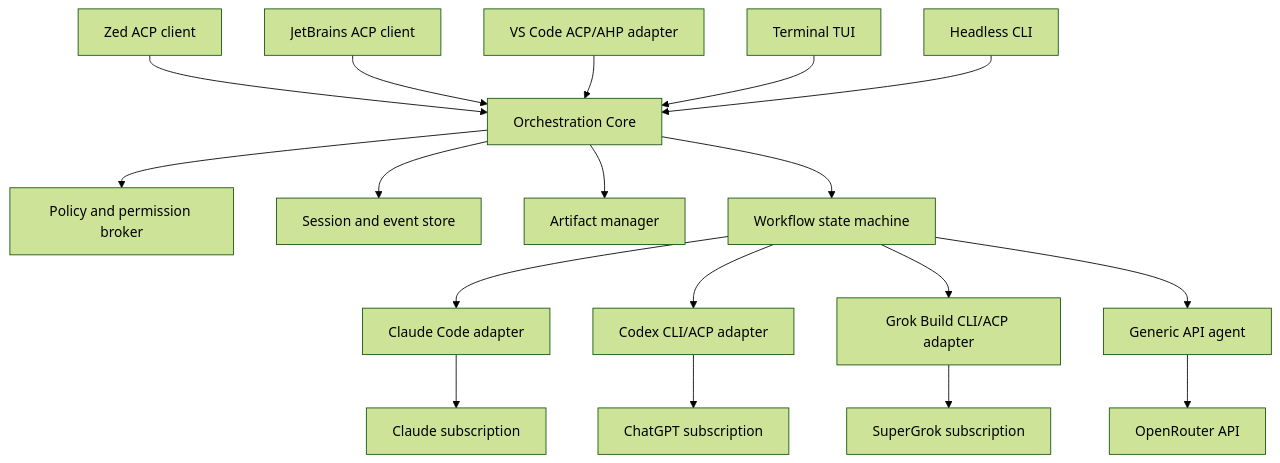
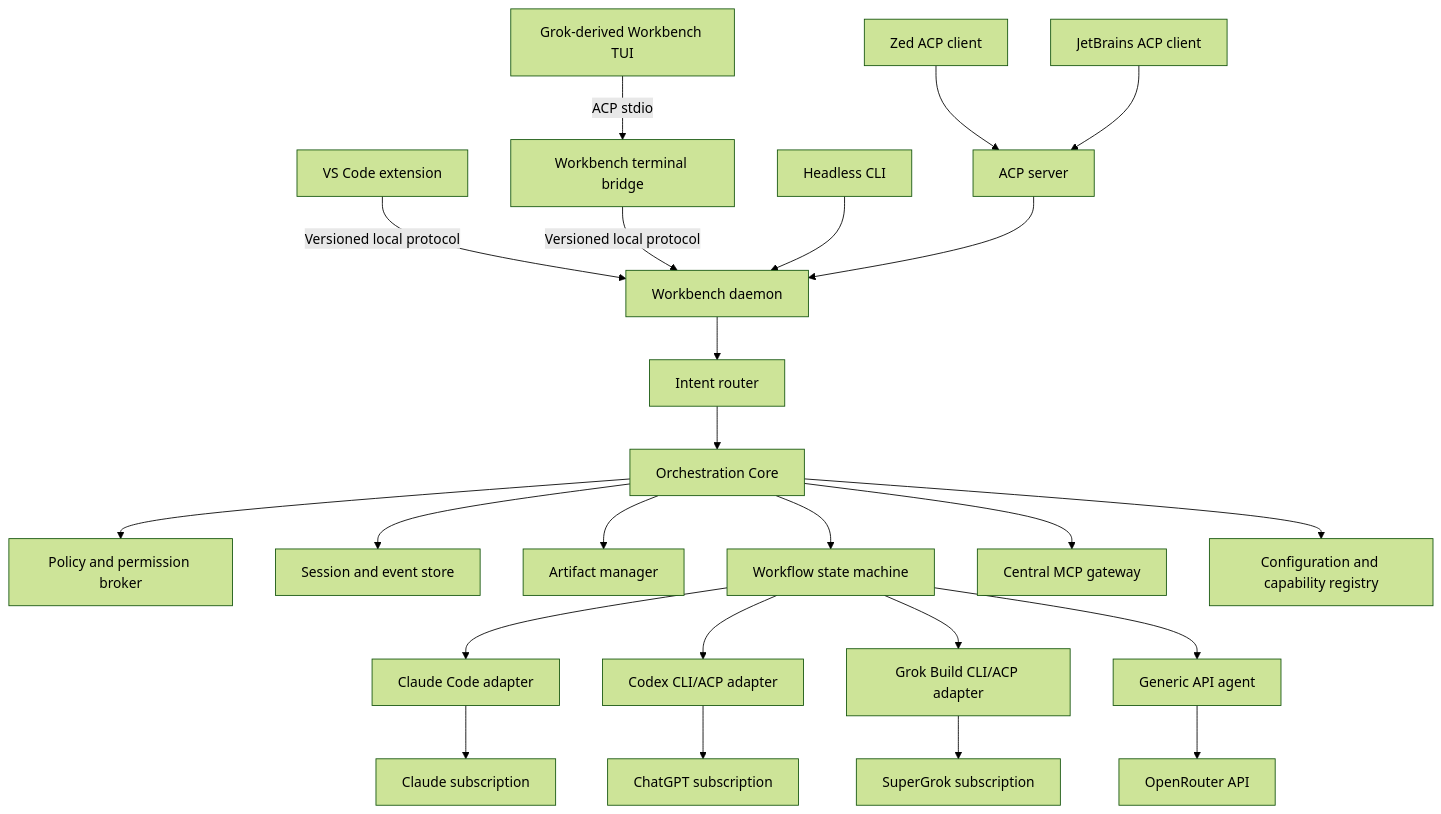
Before and after one commit to RenatoTadeuFigueiredo/multi-agent-development-workbench: the second of 2 diagrams in README.md, drawn with Mermaid (forest theme). The commit also changed other lines of this file and 7 other files, not shown here.

Commit message:
docs: define modular workbench architecture

````diff
--- a/README.md
+++ b/README.md
@@ -125,23 +144,29 @@
 ```mermaid
 flowchart TB
-    Z[Zed ACP client] --> O[Orchestration Core]
-    J[JetBrains ACP client] --> O
-    V[VS Code ACP/AHP adapter] --> O
-    T[Terminal TUI] --> O
-    H[Headless CLI] --> O
+    V[VS Code extension] -->|Versioned local protocol| D[Workbench daemon]
+    T[Grok-derived Workbench TUI] -->|ACP stdio| B[Workbench terminal bridge]
+    B -->|Versioned local protocol| D
+    H[Headless CLI] --> D
+    Z[Zed ACP client] --> X[ACP server]
+    J[JetBrains ACP client] --> X
+    X --> D
+    D --> Q[Intent router]
+    Q --> O[Orchestration Core]
 
     O --> P[Policy and permission broker]
     O --> S[Session and event store]
     O --> A[Artifact manager]
     O --> W[Workflow state machine]
+    O --> M[Central MCP gateway]
+    O --> C[Configuration and capability registry]
 
     W --> CA[Claude Code adapter]
     W --> CO[Codex CLI/ACP adapter]
     W --> GR[Grok Build CLI/ACP adapter]
     W --> OA[Generic API agent]
 
     CA --> CL[Claude subscription]
     CO --> OP[ChatGPT subscription]
     GR --> XA[SuperGrok subscription]
     OA --> OR[OpenRouter API]
 ```
````
